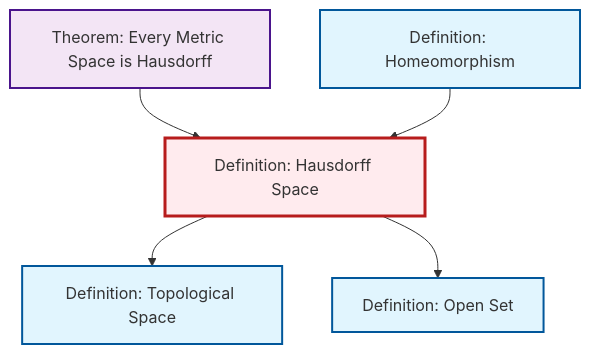
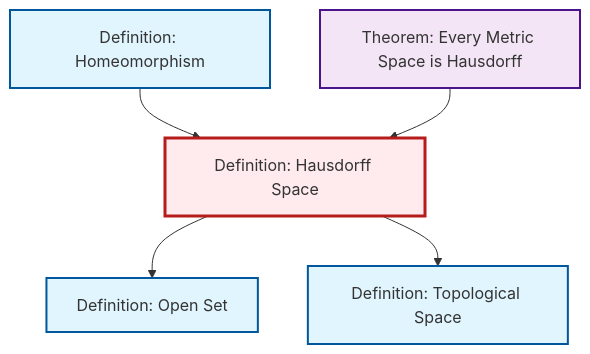
One commit to RK0429/ModernMath changed the diagram in output/mermaid/def-hausdorff.mermaid. Above: the diagram before and after it, drawn with Mermaid. The commit also changed other lines of this file and 1437 other files, not shown here.

```diff
--- a/output/mermaid/def-hausdorff.mermaid
+++ b/output/mermaid/def-hausdorff.mermaid
@@ -1,17 +1,17 @@
 %%| fig-cap: "Local dependency graph"
 graph TD
     classDef definition fill:#e1f5fe,stroke:#01579b,stroke-width:2px
     classDef theorem fill:#f3e5f5,stroke:#4a148c,stroke-width:2px
     classDef axiom fill:#fff3e0,stroke:#e65100,stroke-width:2px
     classDef example fill:#e8f5e9,stroke:#1b5e20,stroke-width:2px
     classDef current fill:#ffebee,stroke:#b71c1c,stroke-width:3px
-    def-homeomorphism["Definition: Homeomorphism"]:::definition
     def-hausdorff["Definition: Hausdorff Space"]:::definition
     def-topological-space["Definition: Topological Space"]:::definition
+    def-open-set["Definition: Open Set"]:::definition
     thm-metric-hausdorff["Theorem: Every Metric Space is Hausdorff"]:::theorem
-    def-open-set["Definition: Open Set"]:::definition
+    def-homeomorphism["Definition: Homeomorphism"]:::definition
+    def-hausdorff --> def-open-set
+    def-homeomorphism --> def-hausdorff
     thm-metric-hausdorff --> def-hausdorff
     def-hausdorff --> def-topological-space
-    def-homeomorphism --> def-hausdorff
-    def-hausdorff --> def-open-set
     class def-hausdorff current
```
